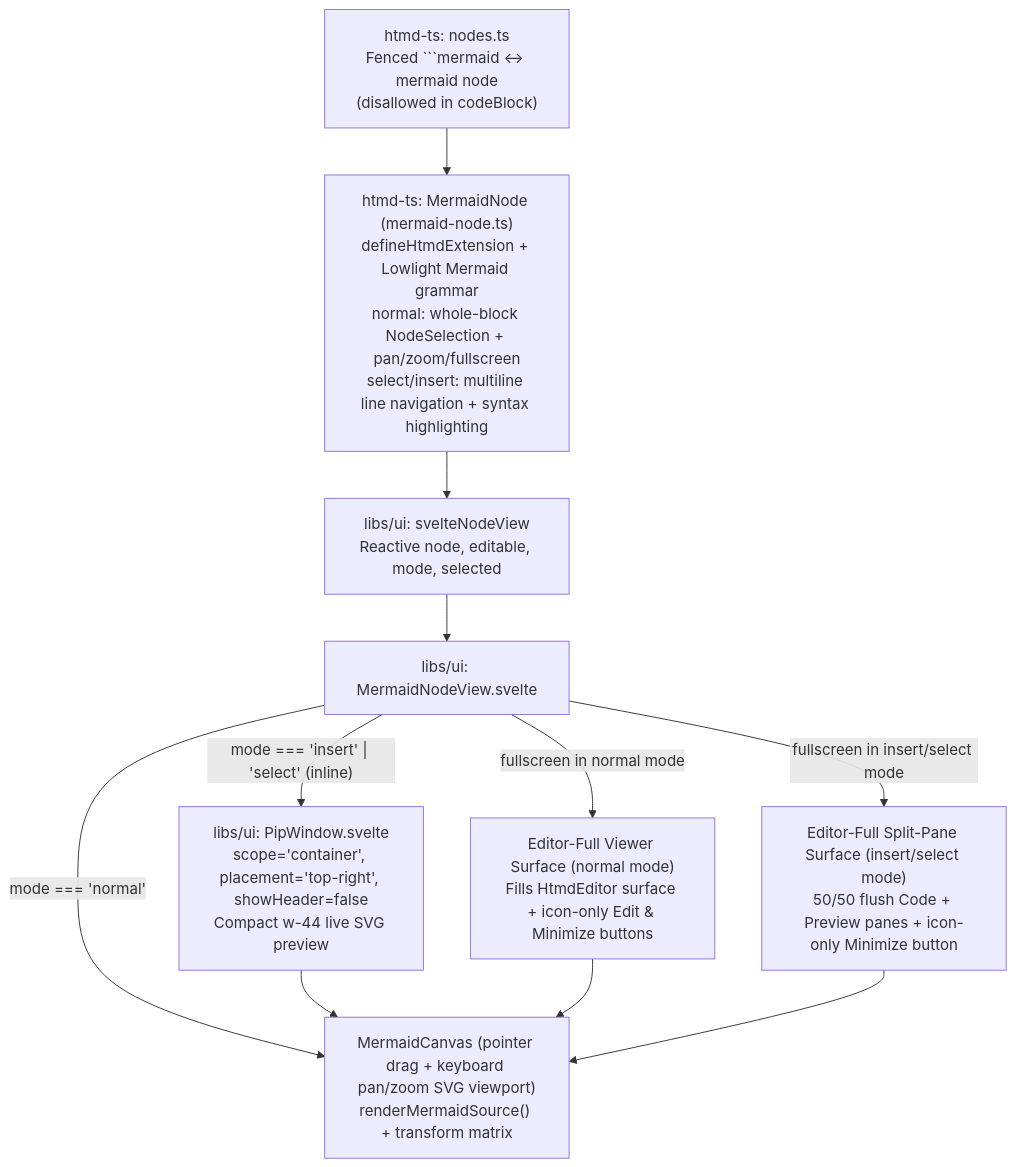
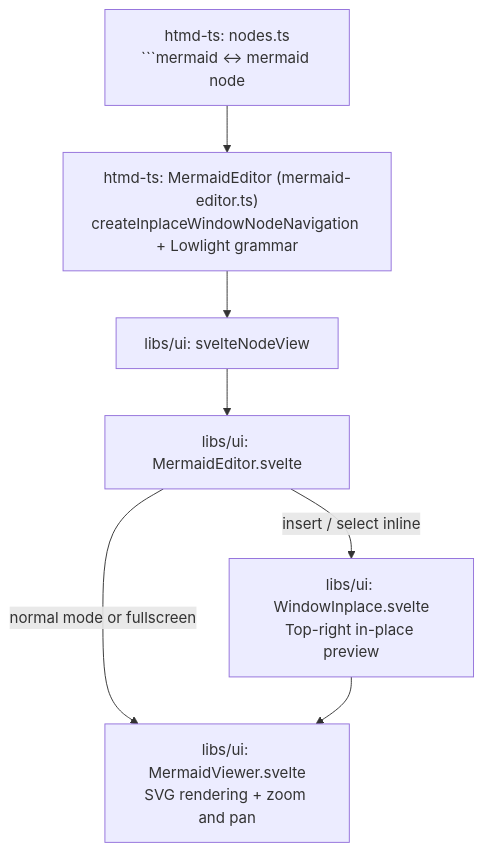
One commit to hypertextual/hypertextual changed the first of 2 diagrams in docs/architecture/ui/htmd-editor/mermaid.md. Above: the diagram before and after it, drawn with Mermaid. The commit also changed other lines of this file and 47 other files, not shown here.

Commit message:
refactor(editor): address PR #10 review feedback for MermaidEditor, WindowInplace, and MermaidViewer

````diff
--- a/docs/architecture/ui/htmd-editor/mermaid.md
+++ b/docs/architecture/ui/htmd-editor/mermaid.md
@@ -39,19 +36,14 @@
 ```mermaid
 flowchart TD
-    Codec["htmd-ts: nodes.ts<br/>Fenced ```mermaid <-> mermaid node<br/>(disallowed in codeBlock)"]
-    Ext["htmd-ts: MermaidNode (mermaid-node.ts)<br/>defineHtmdExtension + Lowlight Mermaid grammar<br/>normal: whole-block NodeSelection + pan/zoom/fullscreen<br/>select/insert: multiline line navigation + syntax highlighting"]
-    Adapter["libs/ui: svelteNodeView<br/>Reactive node, editable, mode, selected"]
-    View["libs/ui: MermaidNodeView.svelte"]
-    Canvas["MermaidCanvas (pointer drag + keyboard pan/zoom SVG viewport)<br/>renderMermaidSource() + transform matrix"]
-    PiP["libs/ui: PipWindow.svelte<br/>scope='container', placement='top-right', showHeader=false<br/>Compact w-44 live SVG preview"]
-    FSView["Editor-Full Viewer Surface (normal mode)<br/>Fills HtmdEditor surface + icon-only Edit & Minimize buttons"]
-    FSSplit["Editor-Full Split-Pane Surface (insert/select mode)<br/>50/50 flush Code + Preview panes + icon-only Minimize button"]
+    Codec["htmd-ts: nodes.ts<br/>```mermaid <-> mermaid node"]
+    Ext["htmd-ts: MermaidEditor (mermaid-editor.ts)<br/>createInplaceWindowNodeNavigation + Lowlight grammar"]
+    Adapter["libs/ui: svelteNodeView"]
+    Editor["libs/ui: MermaidEditor.svelte"]
+    Viewer["libs/ui: MermaidViewer.svelte<br/>SVG rendering + zoom and pan"]
+    Inplace["libs/ui: WindowInplace.svelte<br/>Top-right in-place preview"]
 
-    Codec --> Ext --> Adapter --> View
-    View -->|"mode === 'normal'"| Canvas
-    View -->|"mode === 'insert' | 'select' (inline)"| PiP
-    PiP --> Canvas
-    View -->|"fullscreen in normal mode"| FSView
-    View -->|"fullscreen in insert/select mode"| FSSplit
-    FSView & FSSplit --> Canvas
+    Codec --> Ext --> Adapter --> Editor
+    Editor -->|"normal mode or fullscreen"| Viewer
+    Editor -->|"insert / select inline"| Inplace
+    Inplace --> Viewer
 ```
````
